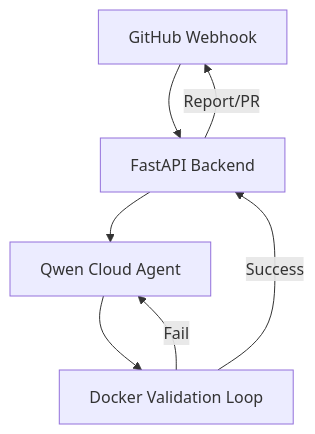
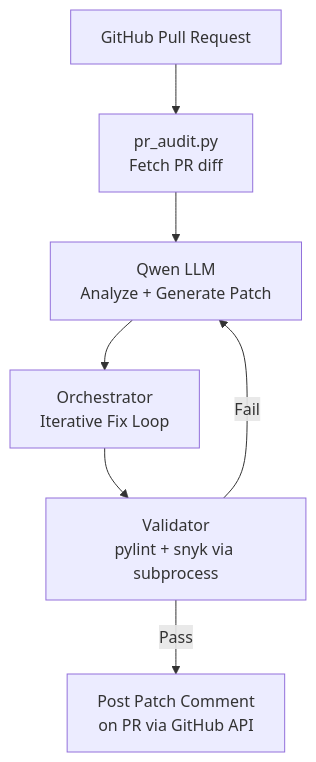
Before and after one commit to RuslanSemchenko/NoirGuard: the diagram in README.md, drawn with Mermaid. The commit also changed other lines of this file and 12 other files, not shown here.

First line of the commit message:
Refactor: remove Docker, add subprocess validation and PR audit tools

````diff
--- a/README.md
+++ b/README.md
@@ -15,9 +15,9 @@
 ```mermaid
 graph TD
-    GH[GitHub Webhook] --> API[FastAPI Backend]
-    API --> Agent[Qwen Cloud Agent]
-    Agent --> Validator[Docker Validation Loop]
-    Validator -->|Success| API
-    Validator -->|Fail| Agent
-    API -->|Report/PR| GH
+    PR[GitHub Pull Request] --> FETCH[pr_audit.py<br>Fetch PR diff]
+    FETCH --> QWEN[Qwen LLM<br>Analyze + Generate Patch]
+    QWEN --> ORCH[Orchestrator<br>Iterative Fix Loop]
+    ORCH --> VAL[Validator<br>pylint + snyk via subprocess]
+    VAL -->|Fail| QWEN
+    VAL -->|Pass| COMMENT[Post Patch Comment<br>on PR via GitHub API]
 ```
````
